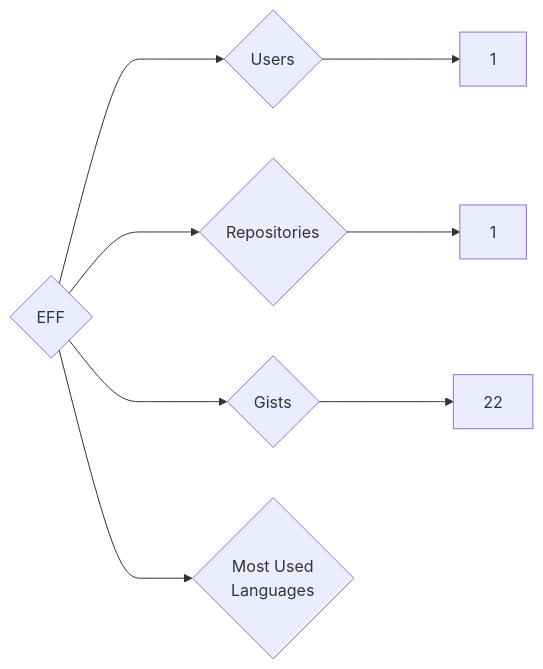
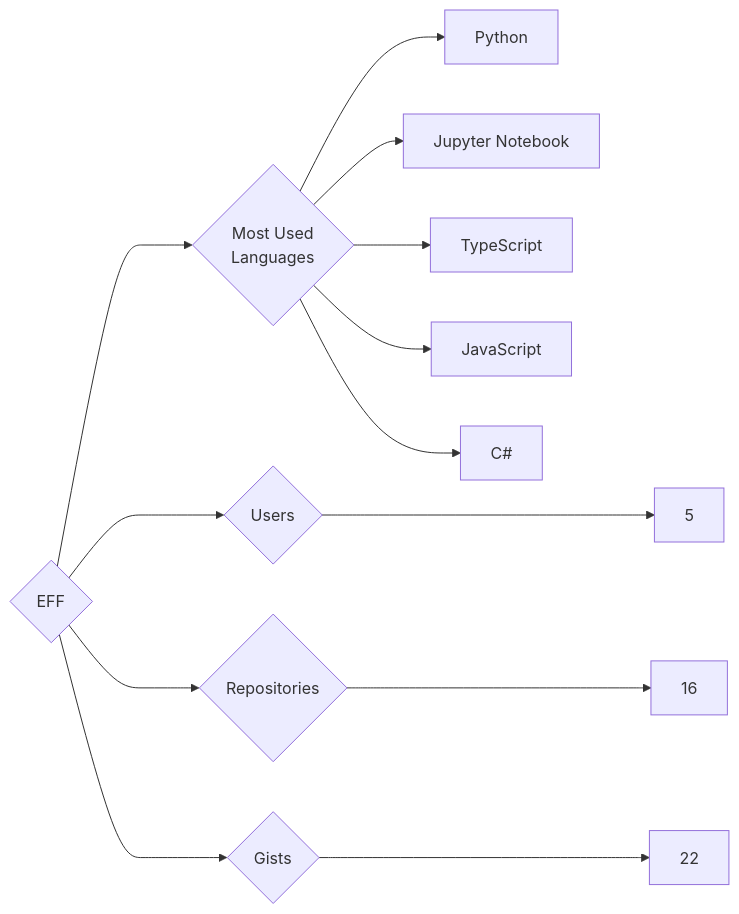
The diagram in targets/EFF/README.md (trickest/insiders), drawn with Mermaid before and after one commit. The commit also changed 944 other files, not shown here.

````diff
--- a/targets/EFF/README.md
+++ b/targets/EFF/README.md
@@ -3,8 +3,13 @@
 ```mermaid
 graph LR
 COMPANY_NAME{EFF}
-COMPANY_NAME ---> U{Users} ---> UN[1]
-COMPANY_NAME ---> R{Repositories} ---> RN[1]
+COMPANY_NAME ---> U{Users} ---> UN[5]
+COMPANY_NAME ---> R{Repositories} ---> RN[16]
 COMPANY_NAME ---> G{Gists} ---> GN[22]
 COMPANY_NAME ---> ML{Most Used<br>Languages}
+ML --> Python[Python]
+ML --> Jupyter_Notebook[Jupyter Notebook]
+ML --> TypeScript[TypeScript]
+ML --> JavaScript[JavaScript]
+ML --> C#[C#]
 ```
````
